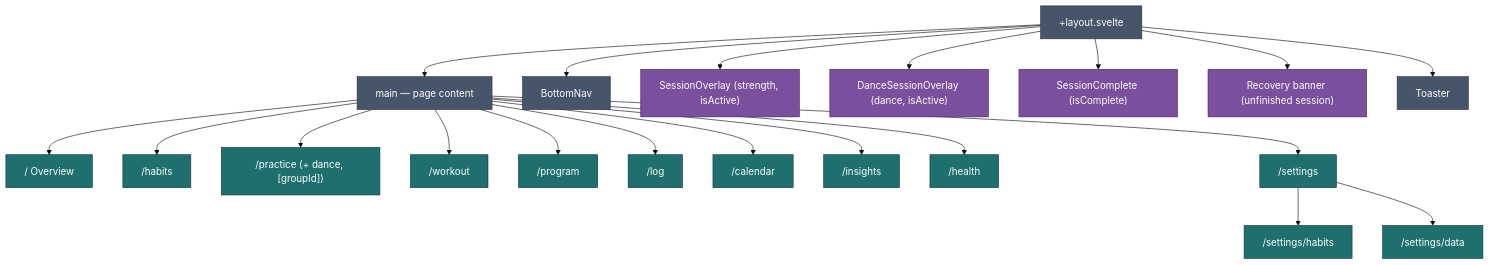
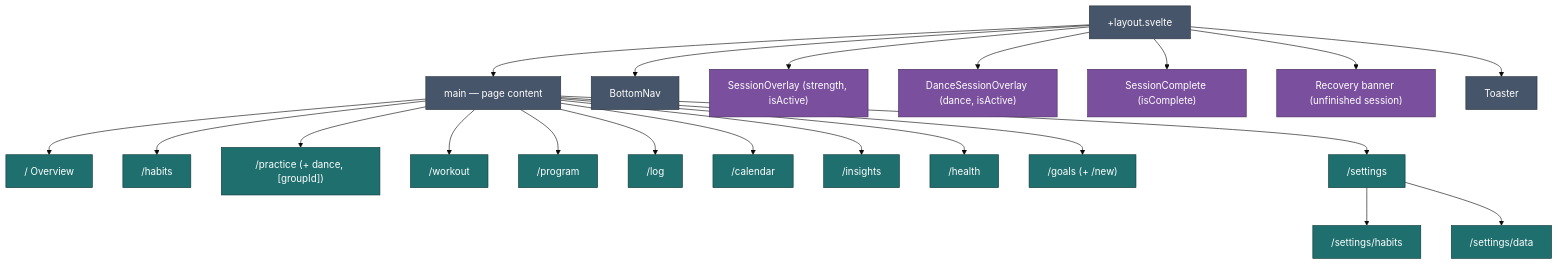
The first of 2 diagrams in docs/implementation/app-structure.md (jermbo/CosmicWorkOut), drawn with Mermaid (base theme) before and after one commit. The commit also changed other lines of this file and 19 other files, not shown here.

````diff
--- a/docs/implementation/app-structure.md
+++ b/docs/implementation/app-structure.md
@@ -34,31 +36,32 @@
 ```mermaid
 flowchart TB
     Layout["+layout.svelte"]
     Layout --> Main["main — page content"]
     Layout --> Nav[BottomNav]
     Layout --> Overlay["SessionOverlay (strength, isActive)"]
     Layout --> Dance["DanceSessionOverlay (dance, isActive)"]
     Layout --> Complete["SessionComplete (isComplete)"]
     Layout --> Recovery["Recovery banner (unfinished session)"]
     Layout --> Toast["Toaster"]
 
     Main --> Today["/ Overview"]
     Main --> Habits["/habits"]
     Main --> Practice["/practice (+ dance, [groupId])"]
     Main --> Workout["/workout"]
     Main --> Program["/program"]
     Main --> Log["/log"]
     Main --> Calendar["/calendar"]
     Main --> Insights["/insights"]
     Main --> Health["/health"]
+    Main --> Goals["/goals (+ /new)"]
     Main --> Settings["/settings"]
     Settings --> SettingsHab["/settings/habits"]
     Settings --> SettingsData["/settings/data"]
 
     classDef shell fill:#465569,stroke:#28313e,color:#ffffff;
     classDef overlay fill:#7a4f9e,stroke:#46295c,color:#ffffff;
     classDef route fill:#1f6f6f,stroke:#0f3a3a,color:#ffffff;
     class Layout,Main,Nav,Toast shell;
     class Overlay,Dance,Complete,Recovery overlay;
-    class Today,Habits,Practice,Workout,Program,Log,Calendar,Insights,Health,Settings,SettingsHab,SettingsData route;
+    class Today,Habits,Practice,Workout,Program,Log,Calendar,Insights,Health,Goals,Settings,SettingsHab,SettingsData route;
 ```
````
